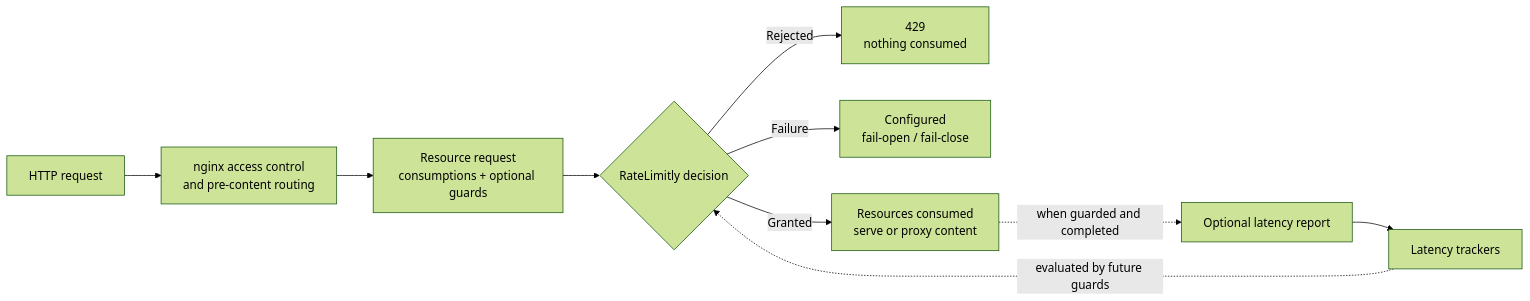
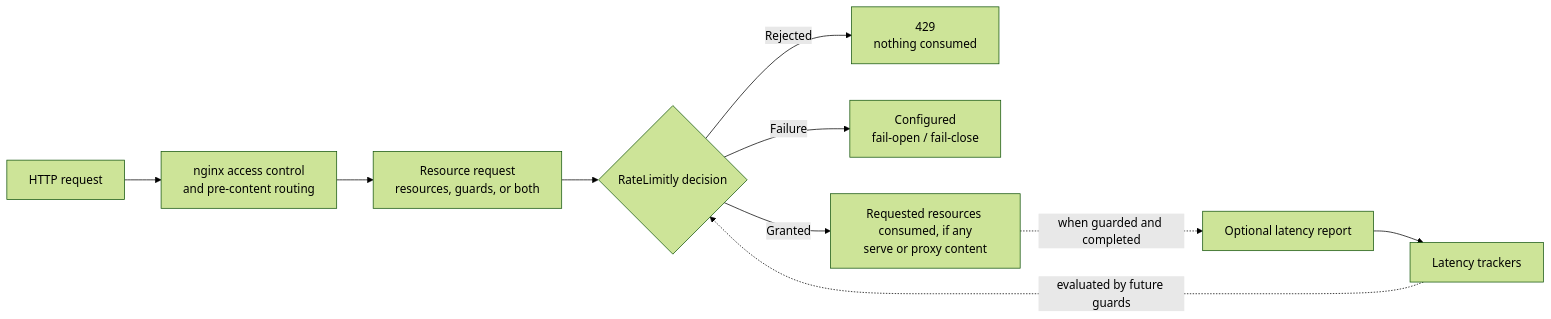
Before and after one commit to ratelimitly-com/rl-nginx: the diagram in README.md, drawn with Mermaid (forest theme). The commit also changed other lines of this file and 22 other files, not shown here.

````diff
--- a/README.md
+++ b/README.md
@@ -42,12 +44,12 @@
 ```mermaid
 flowchart LR
     HTTP["HTTP request"] --> Checks["nginx access control<br/>and pre-content routing"]
-    Checks --> Request["Resource request<br/>consumptions + optional guards"]
+    Checks --> Request["Resource request<br/>resources, guards, or both"]
     Request --> Decision{"RateLimitly decision"}
     Decision -->|Rejected| Deny["429<br/>nothing consumed"]
     Decision -->|Failure| Policy["Configured<br/>fail-open / fail-close"]
-    Decision -->|Granted| Content["Resources consumed<br/>serve or proxy content"]
+    Decision -->|Granted| Content["Requested resources consumed, if any<br/>serve or proxy content"]
     Content -. "when guarded and completed" .-> Report["Optional latency report"]
     Report --> Trackers["Latency trackers"]
     Trackers -. "evaluated by future guards" .-> Decision
 ```
````
